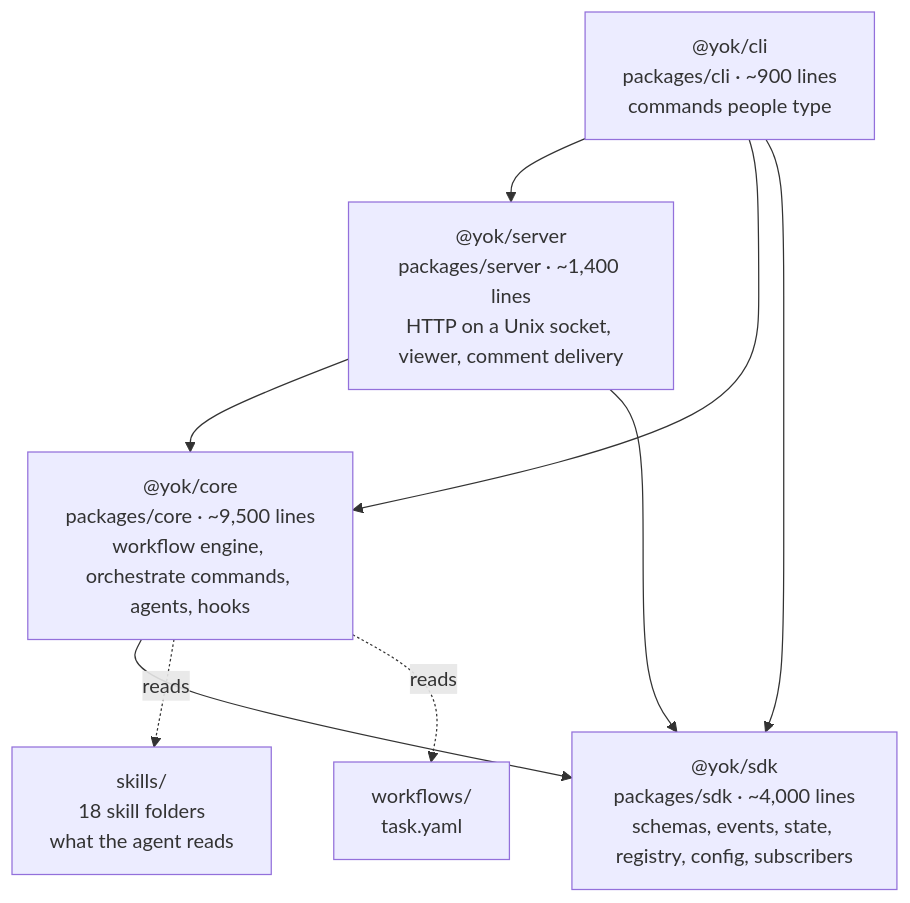
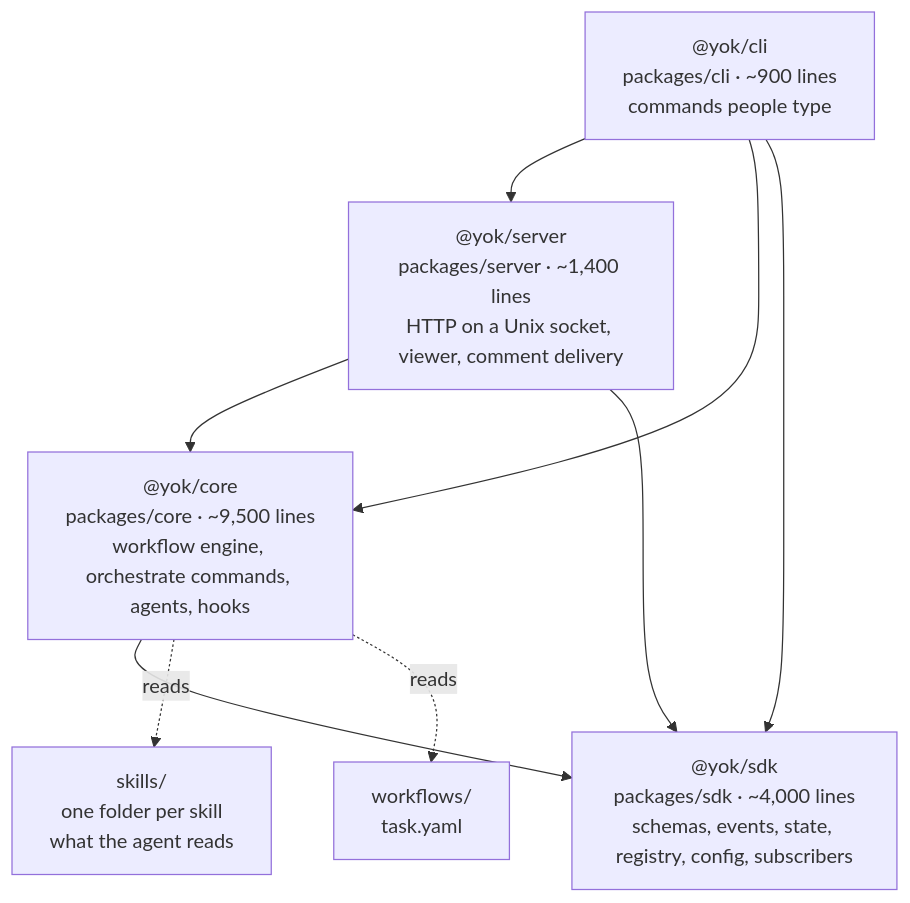
Before and after one commit to vertexcover-io/yok: the first of 2 diagrams in docs/guide/04-architecture.md, drawn with Mermaid. The commit also changed other lines of this file and 9 other files, not shown here.

````diff
--- a/docs/guide/04-architecture.md
+++ b/docs/guide/04-architecture.md
@@ -7,18 +7,18 @@
 ```mermaid
 flowchart TD
     cli["@yok/cli<br/>packages/cli · ~900 lines<br/>commands people type"]
     server["@yok/server<br/>packages/server · ~1,400 lines<br/>HTTP on a Unix socket, viewer, comment delivery"]
     core["@yok/core<br/>packages/core · ~9,500 lines<br/>workflow engine, orchestrate commands, agents, hooks"]
     sdk["@yok/sdk<br/>packages/sdk · ~4,000 lines<br/>schemas, events, state, registry, config, subscribers"]
-    skills["skills/<br/>18 skill folders<br/>what the agent reads"]
+    skills["skills/<br/>one folder per skill<br/>what the agent reads"]
     workflows["workflows/<br/>task.yaml"]
 
     cli --> server
     cli --> core
     server --> core
     core --> sdk
     server --> sdk
     cli --> sdk
     core -.reads.-> skills
     core -.reads.-> workflows
 ```
````
